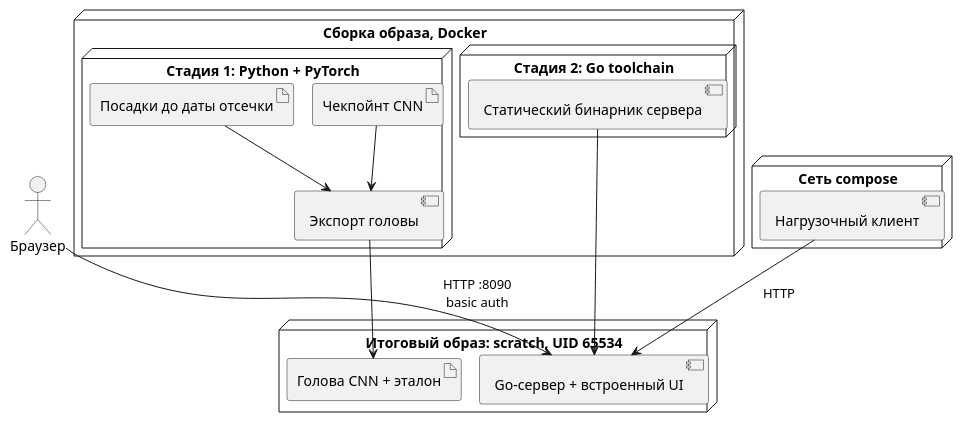
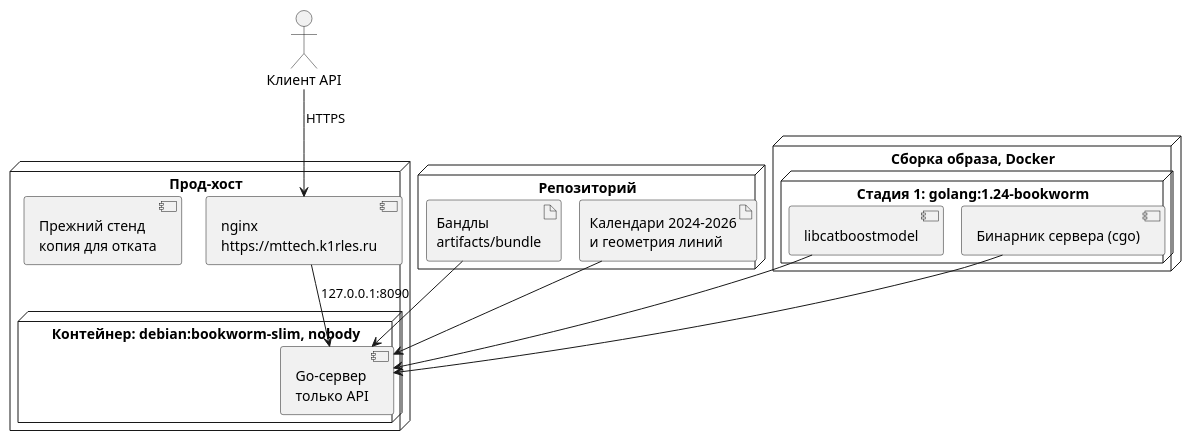
The diagram in final/docs/diagrams/deployment.puml (George573/trans_predicting), drawn with PlantUML before and after one commit. The commit also changed 11 other files, not shown here.

Commit message:
docs: redrew the service diagrams for the two-model API

```diff
--- a/final/docs/diagrams/deployment.puml
+++ b/final/docs/diagrams/deployment.puml
@@ -1,29 +1,29 @@
 @startuml
 !pragma layout smetana
 skinparam shadowing false
 skinparam defaultFontName Helvetica
+node "Репозиторий" as repo {
+  artifact "Бандлы\nartifacts/bundle" as bnd
+  artifact "Календари 2024-2026\nи геометрия линий" as ref
+}
 node "Сборка образа, Docker" {
-  node "Стадия 1: Python + PyTorch" as s1 {
-    artifact "Чекпойнт CNN" as ck
-    artifact "Посадки до даты отсечки" as lab
-    component "Экспорт головы" as ex
-  }
-  node "Стадия 2: Go toolchain" as s2 {
-    component "Статический бинарник сервера" as bin
+  node "Стадия 1: golang:1.24-bookworm" as s1 {
+    component "libcatboostmodel" as lib
+    component "Бинарник сервера (cgo)" as bin
   }
 }
-node "Итоговый образ: scratch, UID 65534" as run {
-  component "Go-сервер + встроенный UI" as srv
-  artifact "Голова CNN + эталон" as hj
+node "Прод-хост" as host {
+  component "nginx\nhttps://mttech.k1rles.ru" as nginx
+  component "Прежний стенд\nкопия для отката" as old
+  node "Контейнер: debian:bookworm-slim, nobody" as run {
+    component "Go-сервер\nтолько API" as srv
+  }
 }
-node "Сеть compose" {
-  component "Нагрузочный клиент" as load
-}
-actor "Браузер" as br
-ck --> ex
-lab --> ex
-ex --> hj
+actor "Клиент API" as cl
+lib --> srv
 bin --> srv
-br --> srv : HTTP :8090\nbasic auth
-load --> srv : HTTP
+bnd --> srv
+ref --> srv
+cl --> nginx : HTTPS
+nginx --> srv : 127.0.0.1:8090
 @enduml
```
